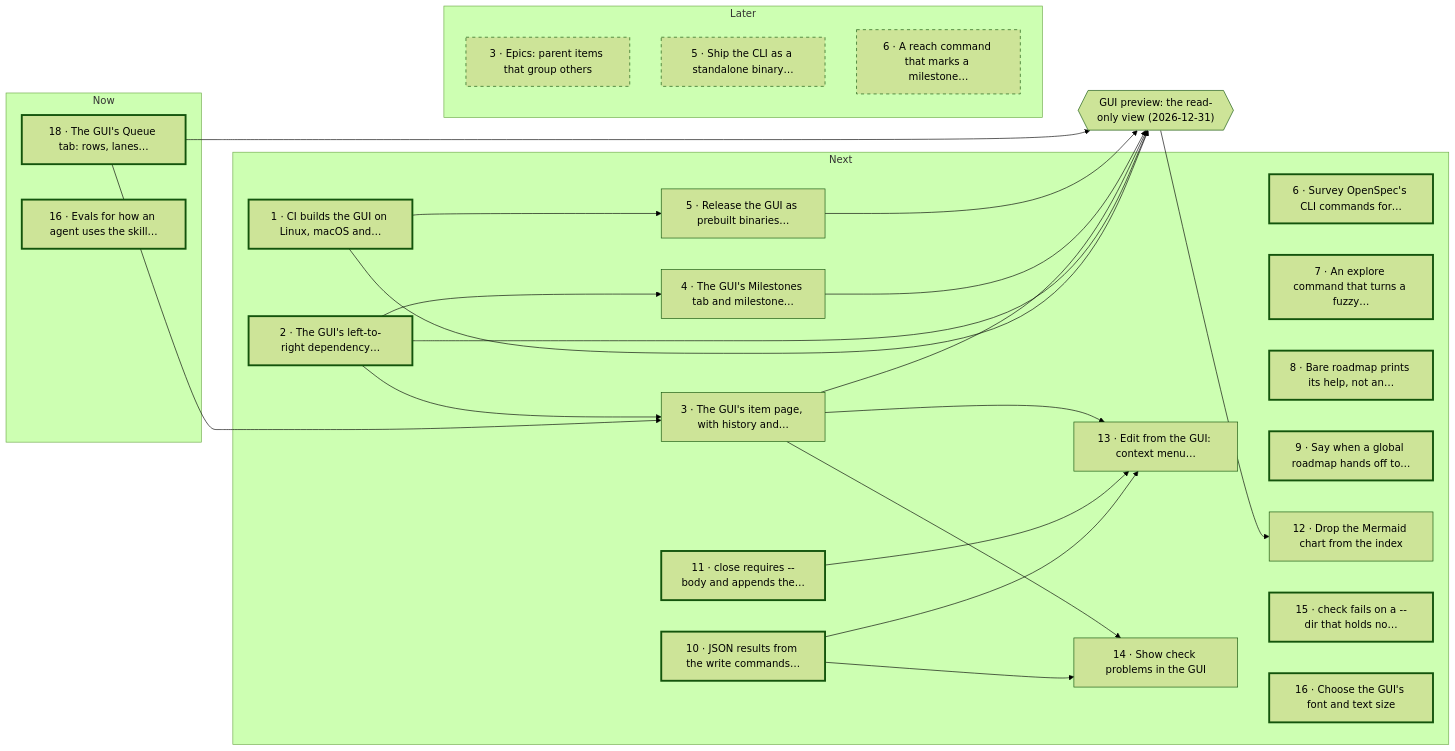
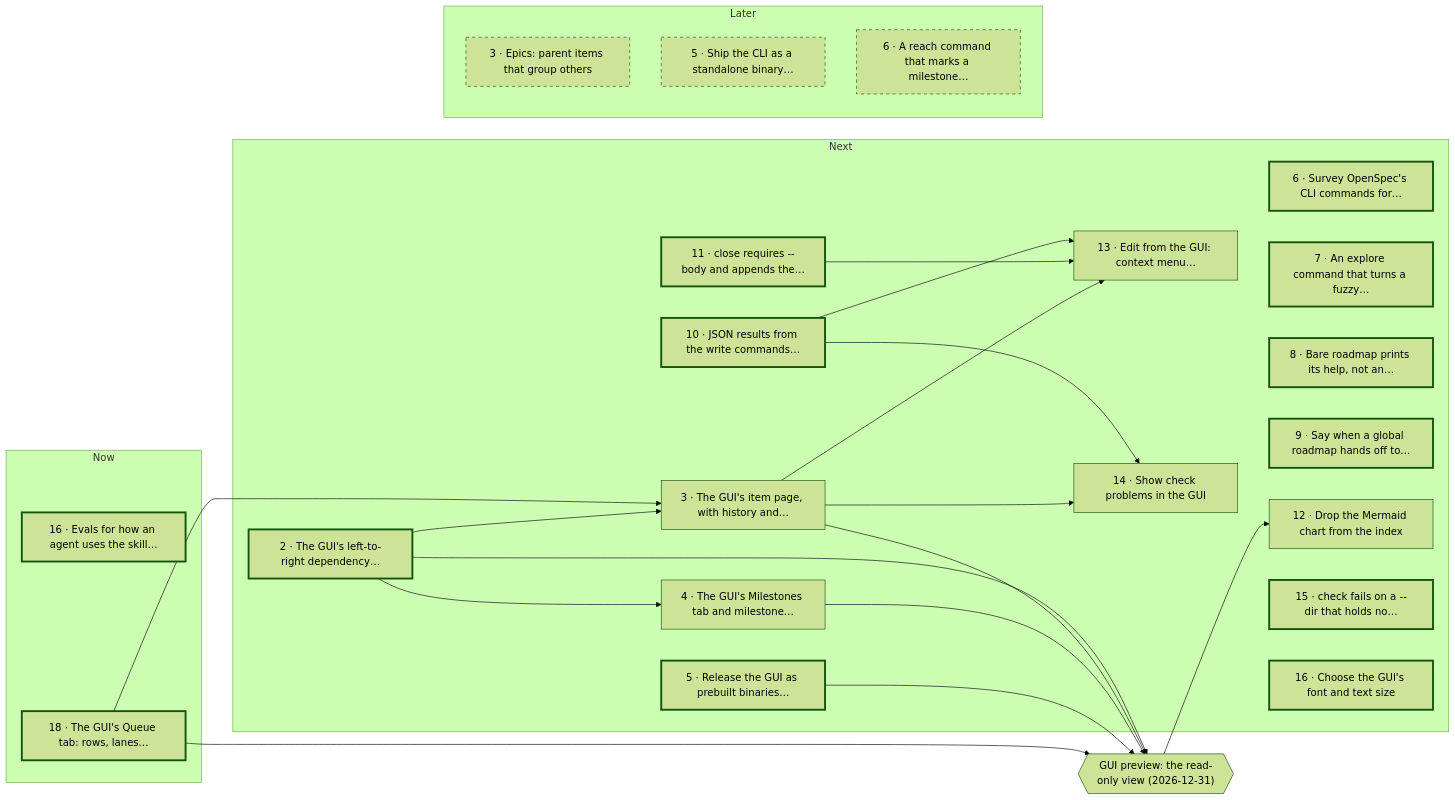
The diagram in roadmap/README.md (carby/simple-agentic-roadmap-skill), drawn with Mermaid (forest theme) before and after one commit. The commit also changed other lines of this file and 3 other files, not shown here.

Commit message:
docs(roadmap): close gui-ci-builds as #46

````diff
--- a/roadmap/README.md
+++ b/roadmap/README.md
@@ -42,52 +42,49 @@
 ```mermaid
 flowchart LR
   subgraph b_now ["Now"]
     i_agent_behaviour_evals["16 · Evals for how an agent uses the skill…"]
     i_gui_queue["18 · The GUI's Queue tab: rows, lanes…"]
   end
   subgraph b_next ["Next"]
-    i_gui_ci_builds["1 · CI builds the GUI on Linux, macOS and…"]
     i_gui_dependency_graph["2 · The GUI's left-to-right dependency…"]
     i_gui_item_page["3 · The GUI's item page, with history and…"]
     i_gui_milestones["4 · The GUI's Milestones tab and milestone…"]
     i_gui_release["5 · Release the GUI as prebuilt binaries…"]
     i_openspec_command_parity["6 · Survey OpenSpec's CLI commands for…"]
     i_explore_command["7 · An explore command that turns a fuzzy…"]
     i_help_without_command["8 · Bare roadmap prints its help, not an…"]
     i_handoff_override["9 · Say when a global roadmap hands off to…"]
     i_json_write_results["10 · JSON results from the write commands…"]
     i_close_body["11 · close requires --body and appends the…"]
     i_drop_mermaid["12 · Drop the Mermaid chart from the index"]
     i_gui_editing["13 · Edit from the GUI: context menu…"]
     i_gui_check_panel["14 · Show check problems in the GUI"]
     i_check_missing_dir["15 · check fails on a --dir that holds no…"]
     i_gui_font["16 · Choose the GUI's font and text size"]
   end
   subgraph b_later ["Later"]
     i_epics["3 · Epics: parent items that group others"]
     i_standalone_binary["5 · Ship the CLI as a standalone binary…"]
     i_reach_command["6 · A reach command that marks a milestone…"]
   end
   b_now ~~~ b_next ~~~ b_later
   i_gui_queue --> i_gui_item_page
   i_gui_dependency_graph --> i_gui_item_page
   i_gui_dependency_graph --> i_gui_milestones
-  i_gui_ci_builds --> i_gui_release
   i_json_write_results --> i_gui_editing
   i_close_body --> i_gui_editing
   i_gui_item_page --> i_gui_editing
   i_json_write_results --> i_gui_check_panel
   i_gui_item_page --> i_gui_check_panel
   m_gui_preview{{"GUI preview: the read-only view (2026-12-31)"}}
   i_gui_queue --> m_gui_preview
-  i_gui_ci_builds --> m_gui_preview
   i_gui_dependency_graph --> m_gui_preview
   i_gui_item_page --> m_gui_preview
   i_gui_milestones --> m_gui_preview
   i_gui_release --> m_gui_preview
   m_gui_preview --> i_drop_mermaid
   classDef ready stroke-width: 3px
-  class i_agent_behaviour_evals,i_gui_queue,i_gui_ci_builds,i_gui_dependency_graph,i_openspec_command_parity,i_explore_command,i_help_without_command,i_handoff_override,i_json_write_results,i_close_body,i_check_missing_dir,i_gui_font ready
+  class i_agent_behaviour_evals,i_gui_queue,i_gui_dependency_graph,i_gui_release,i_openspec_command_parity,i_explore_command,i_help_without_command,i_handoff_override,i_json_write_results,i_close_body,i_check_missing_dir,i_gui_font ready
   classDef later stroke-dasharray: 5 5
   class i_epics,i_standalone_binary,i_reach_command later
 ```
````
